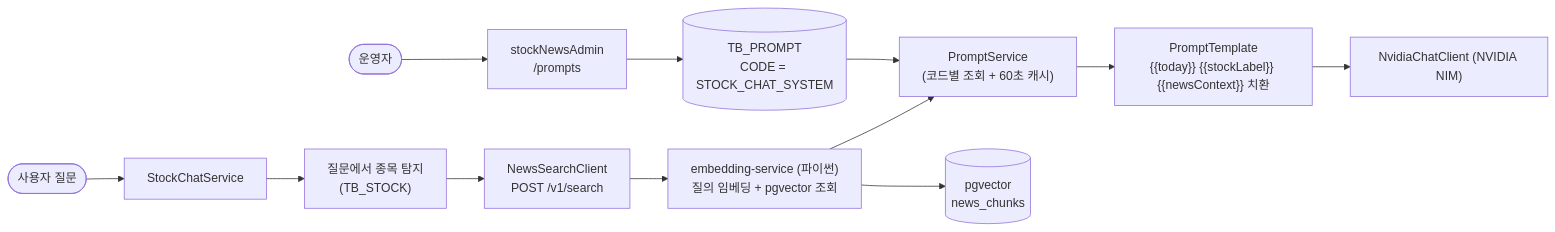
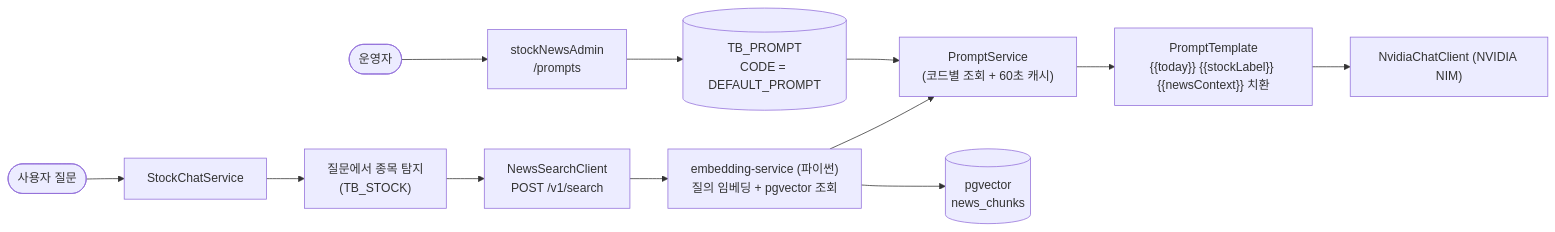
One commit to kimjiseung97/stockNews changed the third of 3 diagrams in README.md. Above: the diagram before and after it, drawn with Mermaid. The commit also changed other lines of this file and 9 other files, not shown here.

````diff
--- a/README.md
+++ b/README.md
@@ -72,14 +72,14 @@
 ```mermaid
 flowchart LR
     Admin(["운영자"]) --> AdminApp["stockNewsAdmin<br/>/prompts"]
-    AdminApp --> PromptTable[("TB_PROMPT<br/>CODE = STOCK_CHAT_SYSTEM")]
+    AdminApp --> PromptTable[("TB_PROMPT<br/>CODE = DEFAULT_PROMPT")]
     Question(["사용자 질문"]) --> ChatSvc["StockChatService"]
     PromptTable --> PromptSvc["PromptService<br/>(코드별 조회 + 60초 캐시)"]
     ChatSvc --> StockLookup["질문에서 종목 탐지<br/>(TB_STOCK)"]
     StockLookup --> SearchSvc["NewsSearchClient<br/>POST /v1/search"]
     SearchSvc --> EmbedSvc["embedding-service (파이썬)<br/>질의 임베딩 + pgvector 조회"]
     EmbedSvc --> PgVector[("pgvector<br/>news_chunks")]
     EmbedSvc --> PromptSvc
     PromptSvc --> Template["PromptTemplate<br/>{{today}} {{stockLabel}} {{newsContext}} 치환"]
     Template --> LLM["NvidiaChatClient (NVIDIA NIM)"]
 ```
````
